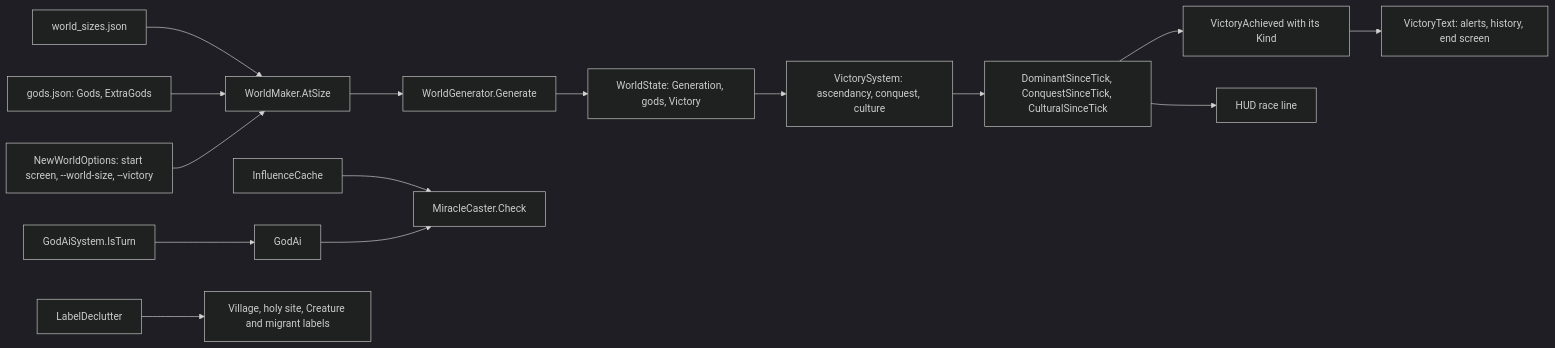
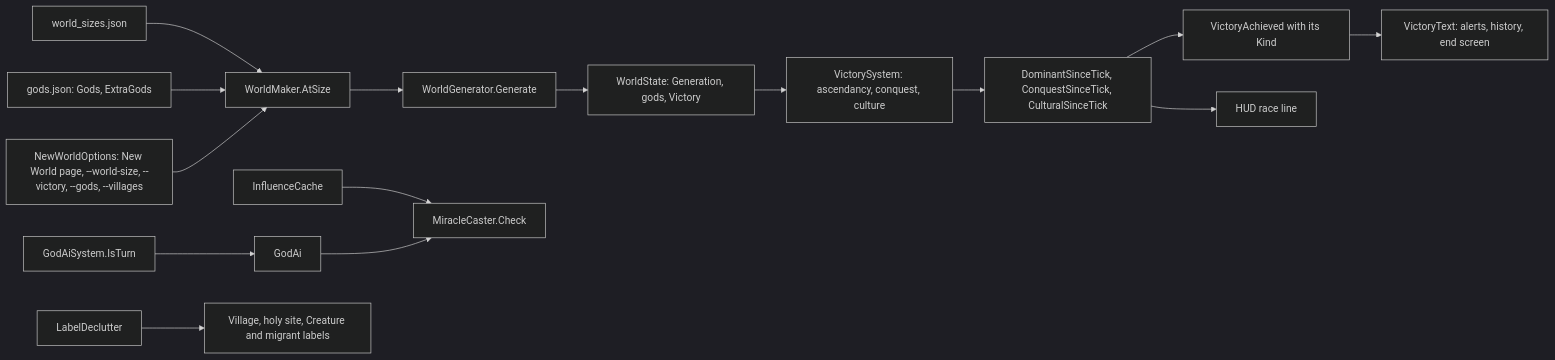
One commit to roeyazroel/pantheon changed the tenth of 43 diagrams in docs/ARCHITECTURE.md. Above: the diagram before and after it, drawn with Mermaid (dark theme). The commit also changed other lines of this file and 127 other files, not shown here.

First line of the commit message:
Milestone 15, part 60 (The New World page's choices): §6, §53, §47, §19

````diff
--- a/docs/ARCHITECTURE.md
+++ b/docs/ARCHITECTURE.md
@@ -1320,17 +1324,17 @@
 ```mermaid
 flowchart LR
     sizes[world_sizes.json] --> maker[WorldMaker.AtSize]
     gods[gods.json: Gods, ExtraGods] --> maker
-    options["NewWorldOptions: start screen, --world-size, --victory"] --> maker
+    options["NewWorldOptions: New World page, --world-size, --victory, --gods, --villages"] --> maker
     maker --> gen[WorldGenerator.Generate]
     gen --> state[WorldState: Generation, gods, Victory]
     state --> system[VictorySystem: ascendancy, conquest, culture]
     system --> clocks[DominantSinceTick, ConquestSinceTick, CulturalSinceTick]
     clocks --> event[VictoryAchieved with its Kind]
     event --> words[VictoryText: alerts, history, end screen]
     clocks --> hud[HUD race line]
     cache[InfluenceCache] --> caster[MiracleCaster.Check]
     turns[GodAiSystem.IsTurn] --> ai[GodAi]
     ai --> caster
     labels[LabelDeclutter] --> client[Village, holy site, Creature and migrant labels]
 ```
````
